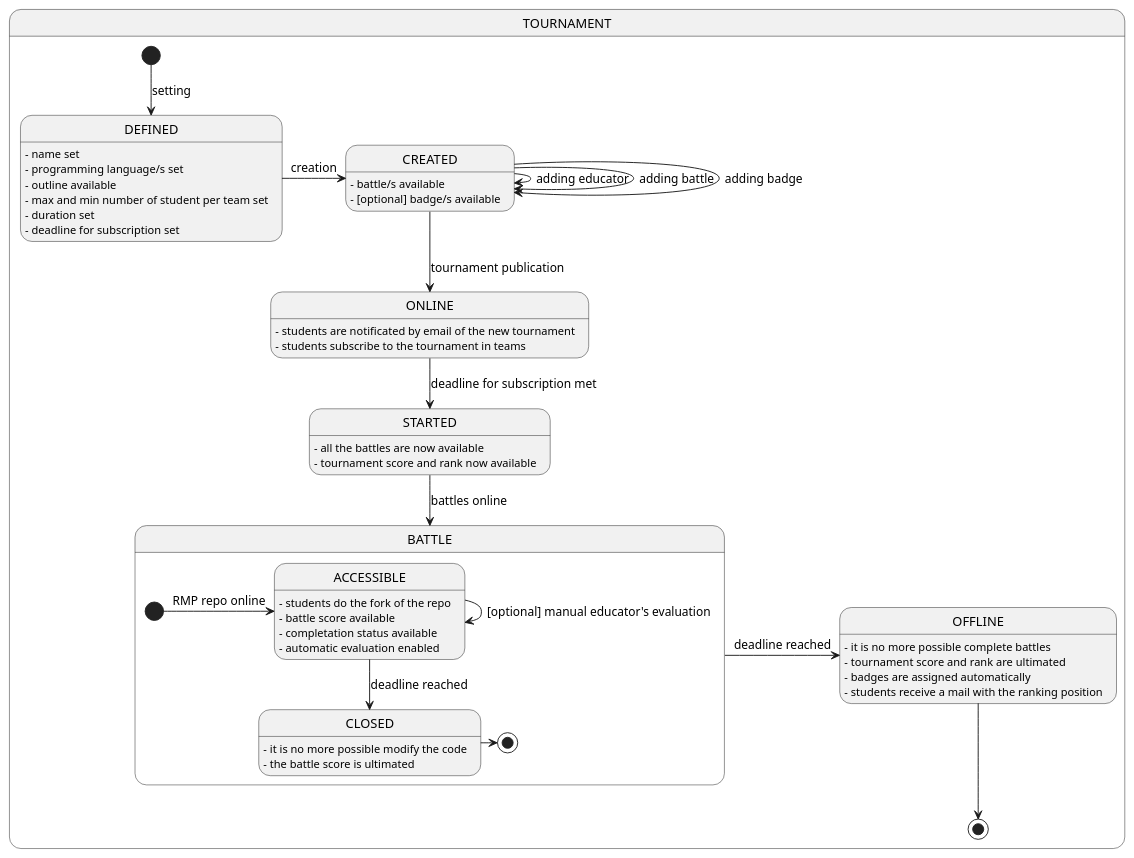
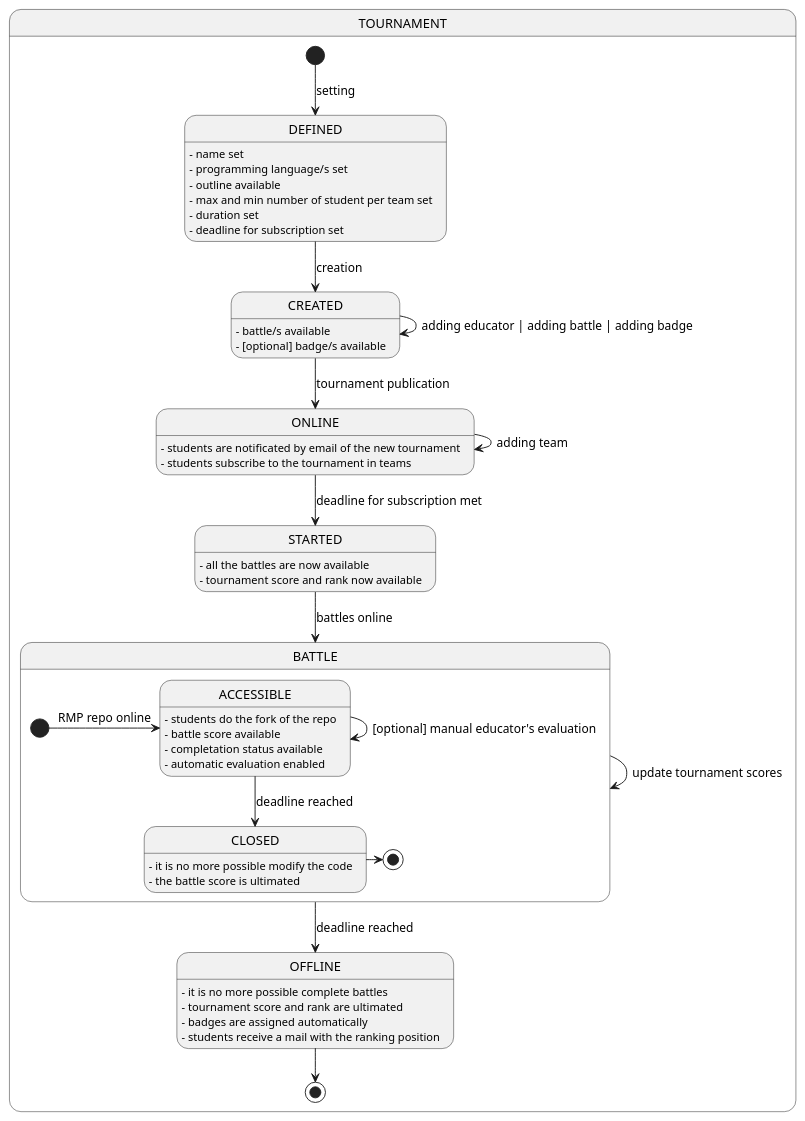
The diagram in _RASD/Images/UML/stateDiagram/stateDiagram.wsd (Angelo7672/SE2_Requirement-and-Design-Document), drawn with PlantUML before and after one commit. The commit also changed 2 other files, not shown here.

Commit message:
RASD diagram tweaks

```diff
--- a/_RASD/Images/UML/stateDiagram/stateDiagram.wsd
+++ b/_RASD/Images/UML/stateDiagram/stateDiagram.wsd
@@ -1,62 +1,68 @@
 @startuml
-
 state TOURNAMENT{
     [*] --> DEFINED: setting
 
     DEFINED: - name set
     DEFINED: - programming language/s set
     DEFINED: - outline available
     DEFINED: - max and min number of student per team set
     DEFINED: - duration set
     DEFINED: - deadline for subscription set
 
-    DEFINED -> CREATED: creation
+    DEFINED --> CREATED: creation
 
     CREATED: - battle/s available
     CREATED: - [optional] badge/s available
 
-    CREATED --> CREATED: adding educator
-    CREATED --> CREATED: adding battle
-    CREATED --> CREATED: adding badge
+    CREATED --> CREATED: adding educator | adding battle | adding badge
+
+    'CREATED --> CREATED: adding educator
+    'CREATED -[HIDDEN]-> CREATED: GIMMESPACEE
+    'CREATED --> CREATED: adding battle
+    'CREATED -[HIDDEN]-> CREATED: GIMMESPACEE
+    'CREATED --> CREATED: adding badge
 
     CREATED --> ONLINE: tournament publication
 
     ONLINE: - students are notificated by email of the new tournament
     ONLINE: - students subscribe to the tournament in teams
+    ONLINE --> ONLINE: adding team
 
     ONLINE --> STARTED: deadline for subscription met
 
     STARTED: - all the battles are now available
     STARTED: - tournament score and rank now available
 
     STARTED --> BATTLE: battles online
 
     state BATTLE{
         [*] -> ACCESSIBLE: RMP repo online
 
         ACCESSIBLE: - students do the fork of the repo
         ACCESSIBLE: - battle score available
         ACCESSIBLE: - completation status available
         ACCESSIBLE: - automatic evaluation enabled
 
         ACCESSIBLE -> ACCESSIBLE: [optional] manual educator's evaluation
 
         ACCESSIBLE --> CLOSED: deadline reached
 
         CLOSED: - it is no more possible modify the code
         CLOSED: - the battle score is ultimated
 
         CLOSED -> [*]
     }
 
-    BATTLE -> OFFLINE: deadline reached
+    BATTLE --> BATTLE: update tournament scores
+
+    BATTLE --> OFFLINE: deadline reached
 
     OFFLINE: - it is no more possible complete battles
     OFFLINE: - tournament score and rank are ultimated
     OFFLINE: - badges are assigned automatically
     OFFLINE: - students receive a mail with the ranking position
 
     OFFLINE --> [*]
 }
 
 @enduml
```
